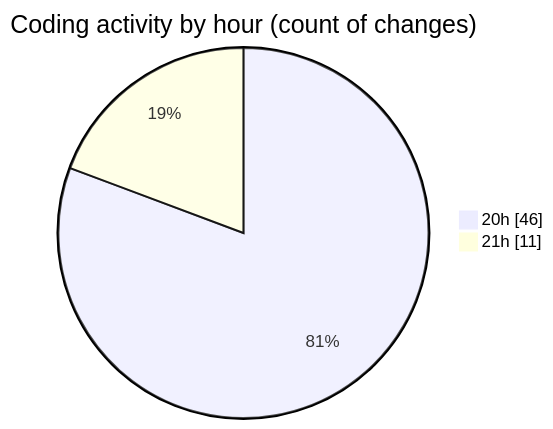
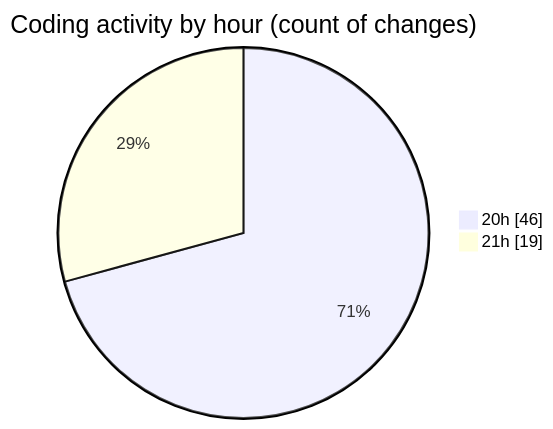
The second of 2 diagrams in 2025-07-19/mern-workoutboard/README.md (Ritupan-Deka/code-tracking), drawn with Mermaid before and after one commit. The commit also changed other lines of this file and 1 other file, not shown here.

````diff
--- a/2025-07-19/mern-workoutboard/README.md
+++ b/2025-07-19/mern-workoutboard/README.md
@@ -29,6 +29,6 @@
 ```mermaid
 pie showData
 title Coding activity by hour (count of changes)
 "20h" : 46
-"21h" : 11
+"21h" : 19
 ```
````
